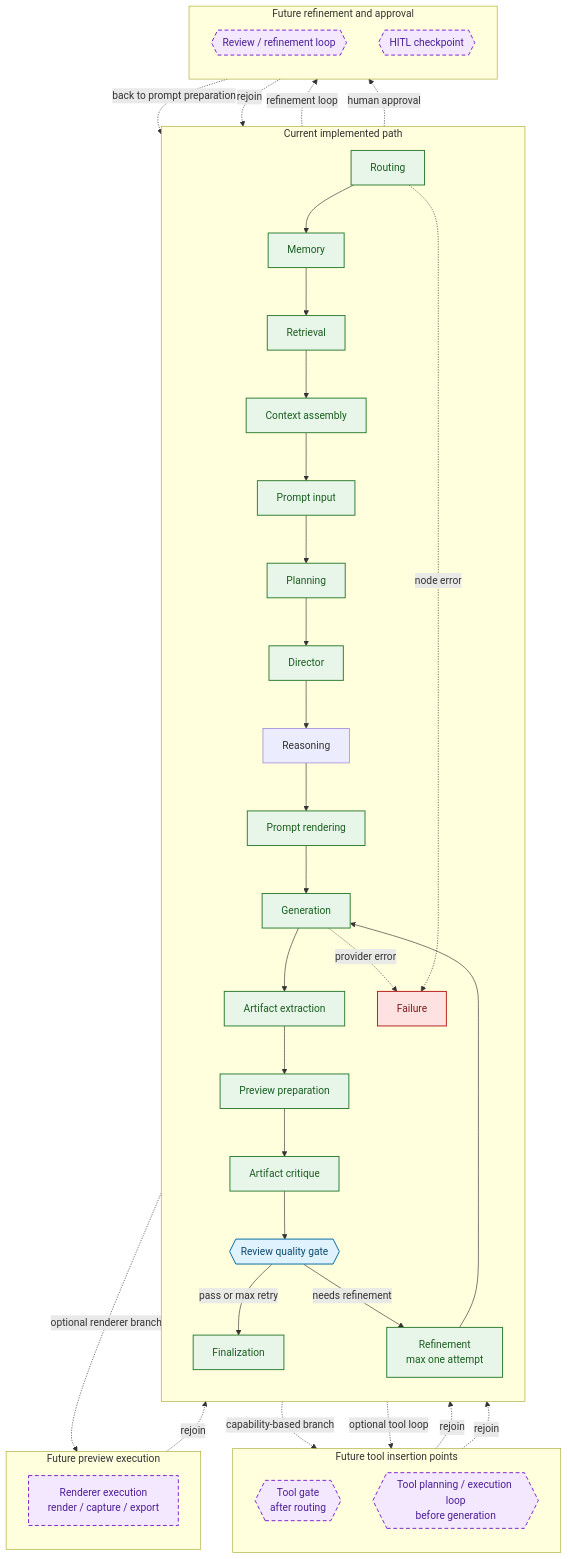
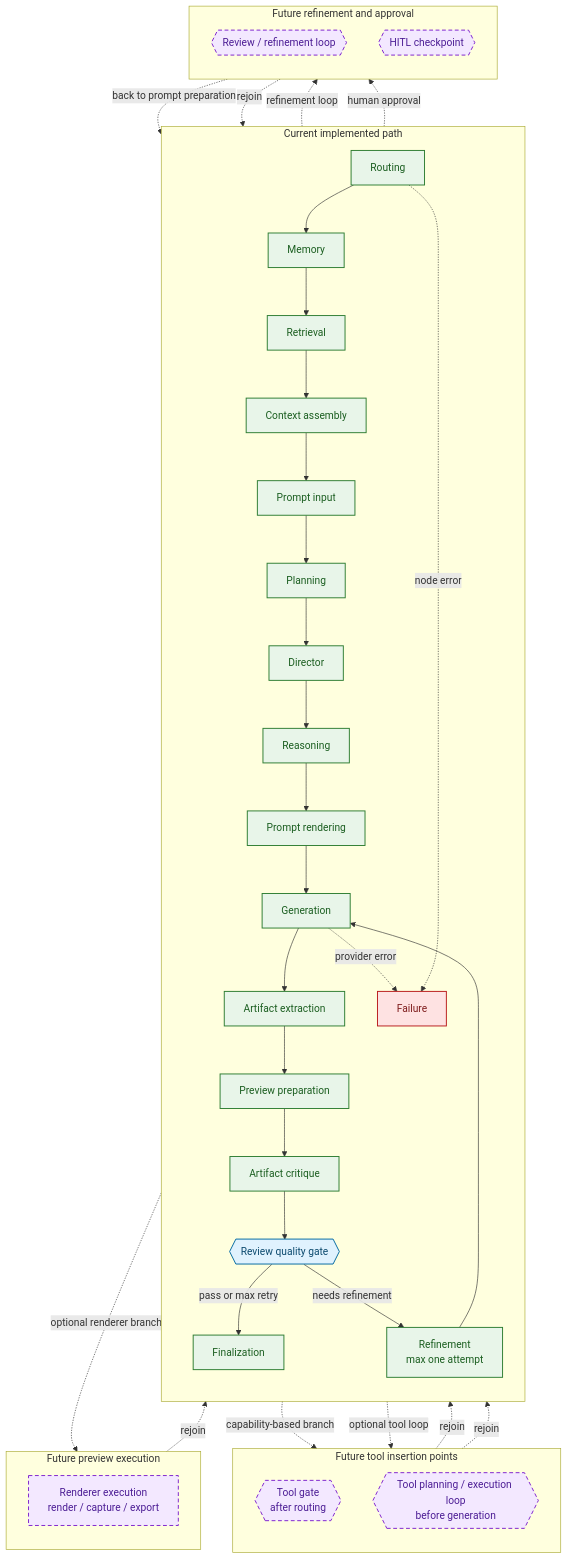
The third of 3 diagrams in architecture/workflow_graph.md (lmguerrini/creative-coding-assistant), drawn with Mermaid before and after one commit. The commit also changed other lines of this file and 3 other files, not shown here.

First line of the commit message:
Document Creative Intelligence architecture

````diff
--- a/architecture/workflow_graph.md
+++ b/architecture/workflow_graph.md
@@ -278,66 +325,66 @@
 ```mermaid
 flowchart TB
     classDef implemented fill:#E8F5E9,stroke:#2E7D32,color:#1B5E20,stroke-width:1.5px;
     classDef gate fill:#E0F2FE,stroke:#0369A1,color:#0C4A6E,stroke-width:1.5px;
     classDef failure fill:#FEE2E2,stroke:#B91C1C,color:#7F1D1D,stroke-width:1.5px;
     classDef future fill:#F3E8FF,stroke:#7E22CE,color:#4C1D95,stroke-width:1.5px,stroke-dasharray: 6 4;
 
     subgraph current_path["Current implemented path"]
         direction TB
         routing["Routing"]
         memory["Memory"]
         retrieval["Retrieval"]
         context_assembly["Context assembly"]
         prompt_input["Prompt input"]
         planning["Planning"]
         director["Director"]
         reasoning["Reasoning"]
         prompt_rendering["Prompt rendering"]
         generation["Generation"]
         artifact_extraction["Artifact extraction"]
         preview_preparation["Preview preparation"]
         artifact_critique["Artifact critique"]
         review{{"Review quality gate"}}
         refinement["Refinement<br/>max one attempt"]
         finalization["Finalization"]
         failure["Failure"]
         routing --> memory --> retrieval --> context_assembly --> prompt_input --> planning --> director --> reasoning --> prompt_rendering --> generation --> artifact_extraction --> preview_preparation --> artifact_critique --> review
         review -->|"pass or max retry"| finalization
         review -->|"needs refinement"| refinement --> generation
         generation -. provider error .-> failure
         routing -. node error .-> failure
     end
 
     subgraph future_tools["Future tool insertion points"]
         direction TB
         tool_gate{{Tool gate<br/>after routing}}
         tool_loop{{Tool planning / execution loop<br/>before generation}}
     end
 
     subgraph future_preview["Future preview execution"]
         direction TB
         preview["Renderer execution<br/>render / capture / export"]
     end
 
     subgraph future_refinement["Future refinement and approval"]
         direction TB
         retry{{Review / refinement loop}}
         hitl{{HITL checkpoint}}
     end
 
     routing -. capability-based branch .-> tool_gate
     tool_gate -. rejoin .-> memory
     prompt_rendering -. optional tool loop .-> tool_loop
     tool_loop -. rejoin .-> generation
     preview_preparation -. optional renderer branch .-> preview
     preview -. rejoin .-> artifact_critique
     review -. refinement loop .-> retry
     retry -. back to prompt preparation .-> prompt_input
     review -. human approval .-> hitl
     hitl -. rejoin .-> finalization
 
-    class routing,memory,retrieval,context_assembly,prompt_input,planning,director,prompt_rendering,generation,artifact_extraction,preview_preparation,artifact_critique,refinement,finalization implemented
+    class routing,memory,retrieval,context_assembly,prompt_input,planning,director,reasoning,prompt_rendering,generation,artifact_extraction,preview_preparation,artifact_critique,refinement,finalization implemented
     class review gate
     class failure failure
     class tool_gate,tool_loop,preview,retry,hitl future
 ```
````
